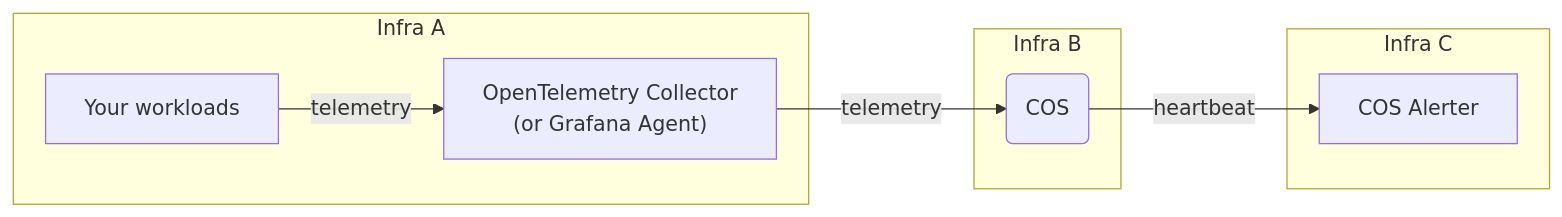
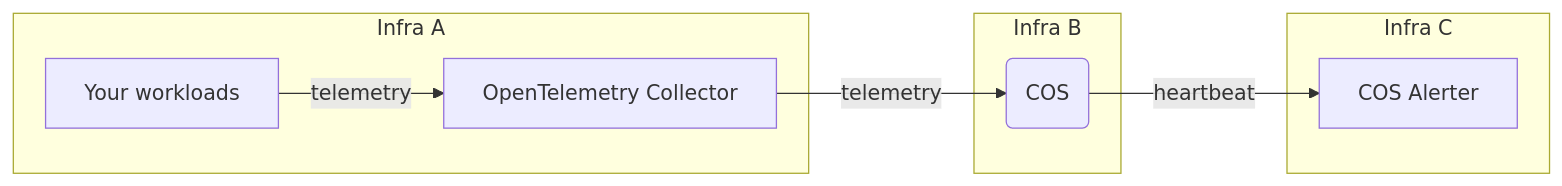
The diagram in docs/reference/best-practices/best-practices-cos.md (canonical/observability-stack), drawn with Mermaid before and after one commit. The commit also changed other lines of this file and 1 other file, not shown here.

````diff
--- a/docs/reference/best-practices/best-practices-cos.md
+++ b/docs/reference/best-practices/best-practices-cos.md
@@ -77,18 +71,18 @@
 ```{mermaid}
 flowchart LR
 
 subgraph Infra A
-A[Your workloads] -->|telemetry| otelcol["OpenTelemetry Collector<br/>(or Grafana Agent)"]
+A[Your workloads] -->|telemetry| otelcol[OpenTelemetry Collector]
 end
 
 subgraph Infra B
 B(COS)
 end
 
 subgraph Infra C
 C[COS Alerter]
 end
 
 otelcol-->|telemetry| B
 B -->|heartbeat| C
 ```
````
